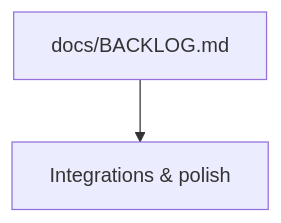
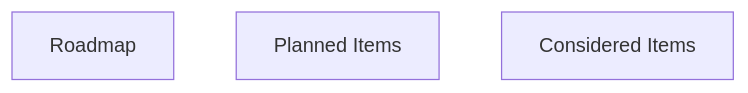
Before and after one commit to enabledtocreate/day-tracker: the diagram in docs/ROADMAP.md, drawn with Mermaid. The commit also changed other lines of this file and 1984 other files, not shown here.

````diff
--- a/docs/ROADMAP.md
+++ b/docs/ROADMAP.md
@@ -30,4 +49,6 @@
 ```mermaid
 flowchart TD
-  backlog["docs/BACKLOG.md"] --> ux["Integrations & polish"]
+  roadmap["Roadmap"]
+  planned["Planned Items"]
+  considered["Considered Items"]
 ```
````
